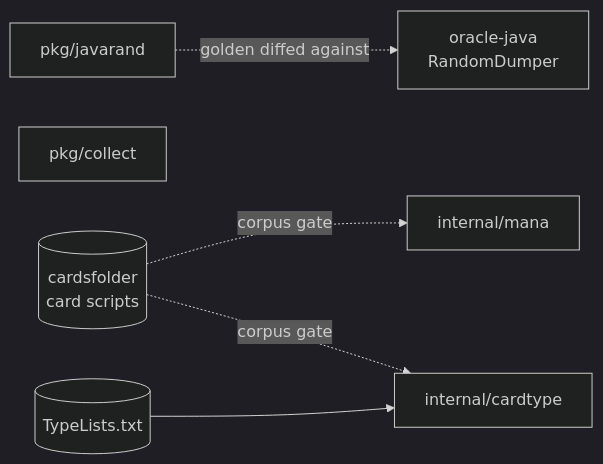
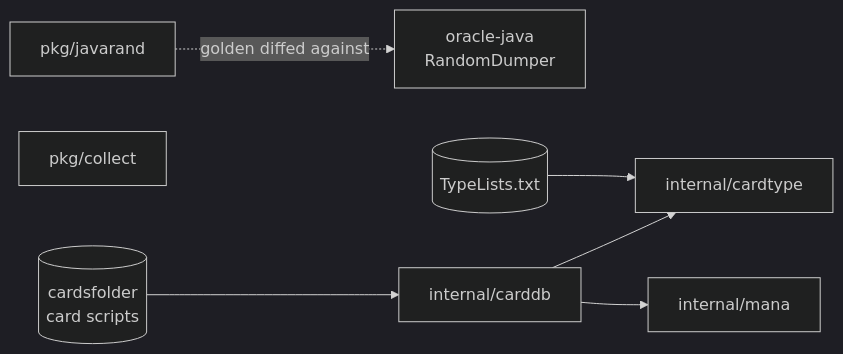
The diagram in docs/crucible/architecture/module-map.md (Card-Forge/forge), drawn with Mermaid (dark theme) before and after one commit. The commit also changed other lines of this file and 8 other files, not shown here.

First line of the commit message:
port(carddb): parse every card script into a typed Card

````diff
--- a/docs/crucible/architecture/module-map.md
+++ b/docs/crucible/architecture/module-map.md
@@ -57,8 +58,9 @@
 ```mermaid
 flowchart LR
   javarand["pkg/javarand"] -. "golden diffed against" .-> oracle["oracle-java<br/>RandomDumper"]
   collect["pkg/collect"]
-  scripts[("cardsfolder<br/>card scripts")] -. "corpus gate" .-> mana["internal/mana"]
-  scripts -. "corpus gate" .-> ct["internal/cardtype"]
-  lists[("TypeLists.txt")] --> ct
+  scripts[("cardsfolder<br/>card scripts")] --> db["internal/carddb"]
+  lists[("TypeLists.txt")] --> ct["internal/cardtype"]
+  db --> ct
+  db --> mana["internal/mana"]
 ```
````
